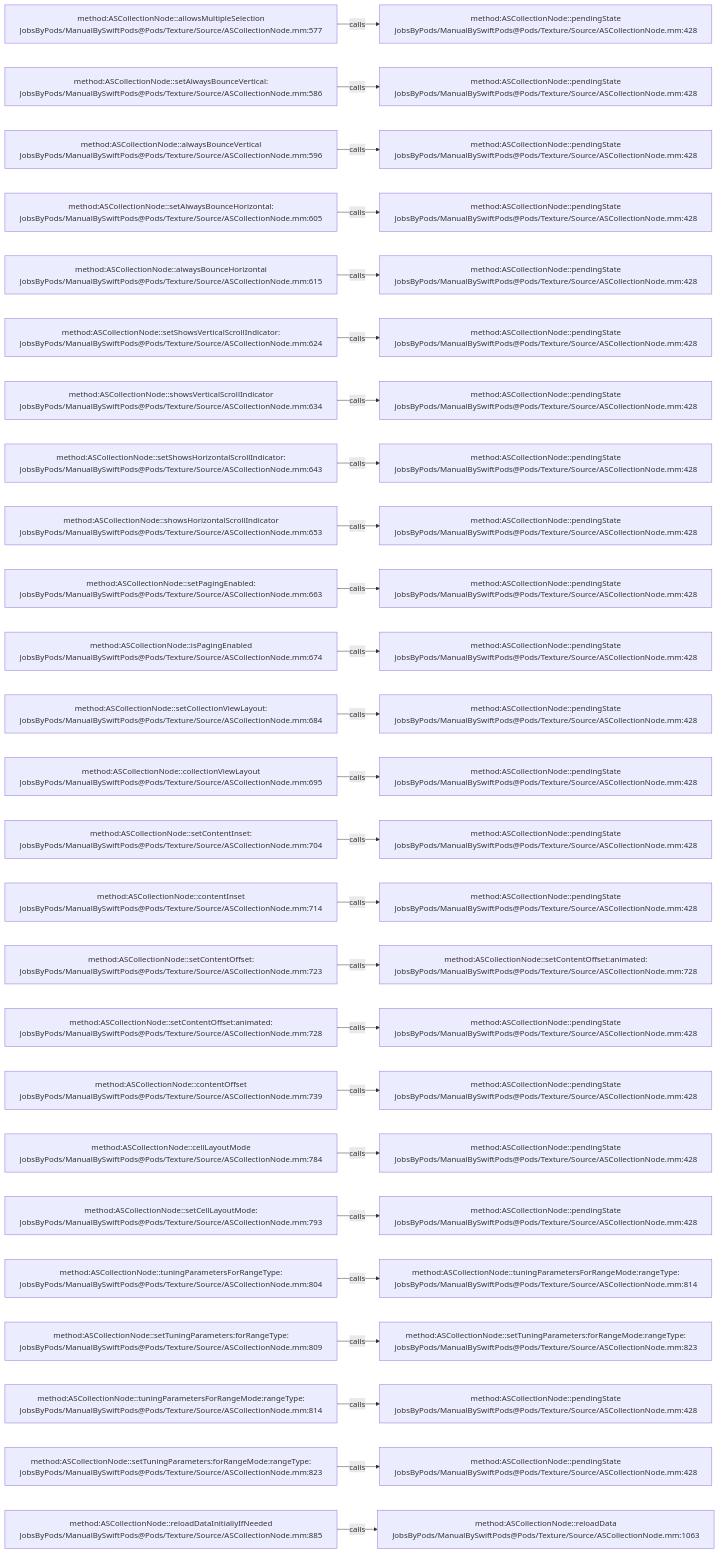
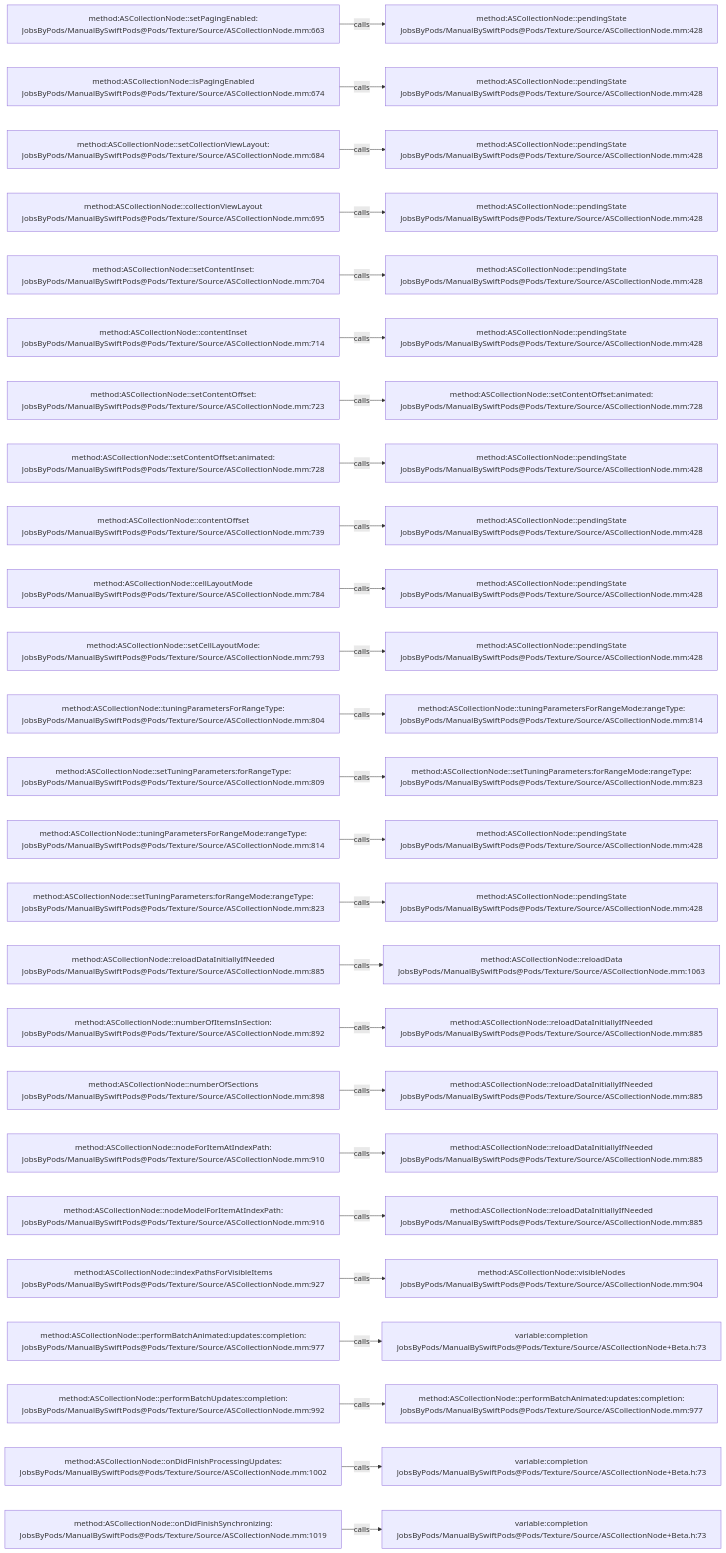
Before and after one commit to JobsKits/JobsSwiftBaseConfigDemo: the diagram in .codegraph/codegraph.md/graphs/calls-009.md, drawn with Mermaid. The commit also changed 707 other files, not shown here.

````diff
--- a/.codegraph/codegraph.md/graphs/calls-009.md
+++ b/.codegraph/codegraph.md/graphs/calls-009.md
@@ -13,78 +13,78 @@
 ```mermaid
 flowchart LR
-  S1["method:ASCollectionNode::allowsMultipleSelection<br/>JobsByPods/ManualBySwiftPods@Pods/Texture/Source/ASCollectionNode.mm:577"]
+  S1["method:ASCollectionNode::setPagingEnabled:<br/>JobsByPods/ManualBySwiftPods@Pods/Texture/Source/ASCollectionNode.mm:663"]
   T1["method:ASCollectionNode::pendingState<br/>JobsByPods/ManualBySwiftPods@Pods/Texture/Source/ASCollectionNode.mm:428"]
   S1 -->|calls| T1
-  S2["method:ASCollectionNode::setAlwaysBounceVertical:<br/>JobsByPods/ManualBySwiftPods@Pods/Texture/Source/ASCollectionNode.mm:586"]
+  S2["method:ASCollectionNode::isPagingEnabled<br/>JobsByPods/ManualBySwiftPods@Pods/Texture/Source/ASCollectionNode.mm:674"]
   T2["method:ASCollectionNode::pendingState<br/>JobsByPods/ManualBySwiftPods@Pods/Texture/Source/ASCollectionNode.mm:428"]
   S2 -->|calls| T2
-  S3["method:ASCollectionNode::alwaysBounceVertical<br/>JobsByPods/ManualBySwiftPods@Pods/Texture/Source/ASCollectionNode.mm:596"]
+  S3["method:ASCollectionNode::setCollectionViewLayout:<br/>JobsByPods/ManualBySwiftPods@Pods/Texture/Source/ASCollectionNode.mm:684"]
   T3["method:ASCollectionNode::pendingState<br/>JobsByPods/ManualBySwiftPods@Pods/Texture/Source/ASCollectionNode.mm:428"]
   S3 -->|calls| T3
-  S4["method:ASCollectionNode::setAlwaysBounceHorizontal:<br/>JobsByPods/ManualBySwiftPods@Pods/Texture/Source/ASCollectionNode.mm:605"]
+  S4["method:ASCollectionNode::collectionViewLayout<br/>JobsByPods/ManualBySwiftPods@Pods/Texture/Source/ASCollectionNode.mm:695"]
   T4["method:ASCollectionNode::pendingState<br/>JobsByPods/ManualBySwiftPods@Pods/Texture/Source/ASCollectionNode.mm:428"]
   S4 -->|calls| T4
-  S5["method:ASCollectionNode::alwaysBounceHorizontal<br/>JobsByPods/ManualBySwiftPods@Pods/Texture/Source/ASCollectionNode.mm:615"]
+  S5["method:ASCollectionNode::setContentInset:<br/>JobsByPods/ManualBySwiftPods@Pods/Texture/Source/ASCollectionNode.mm:704"]
   T5["method:ASCollectionNode::pendingState<br/>JobsByPods/ManualBySwiftPods@Pods/Texture/Source/ASCollectionNode.mm:428"]
   S5 -->|calls| T5
-  S6["method:ASCollectionNode::setShowsVerticalScrollIndicator:<br/>JobsByPods/ManualBySwiftPods@Pods/Texture/Source/ASCollectionNode.mm:624"]
+  S6["method:ASCollectionNode::contentInset<br/>JobsByPods/ManualBySwiftPods@Pods/Texture/Source/ASCollectionNode.mm:714"]
   T6["method:ASCollectionNode::pendingState<br/>JobsByPods/ManualBySwiftPods@Pods/Texture/Source/ASCollectionNode.mm:428"]
   S6 -->|calls| T6
-  S7["method:ASCollectionNode::showsVerticalScrollIndicator<br/>JobsByPods/ManualBySwiftPods@Pods/Texture/Source/ASCollectionNode.mm:634"]
-  T7["method:ASCollectionNode::pendingState<br/>JobsByPods/ManualBySwiftPods@Pods/Texture/Source/ASCollectionNode.mm:428"]
+  S7["method:ASCollectionNode::setContentOffset:<br/>JobsByPods/ManualBySwiftPods@Pods/Texture/Source/ASCollectionNode.mm:723"]
+  T7["method:ASCollectionNode::setContentOffset:animated:<br/>JobsByPods/ManualBySwiftPods@Pods/Texture/Source/ASCollectionNode.mm:728"]
   S7 -->|calls| T7
-  S8["method:ASCollectionNode::setShowsHorizontalScrollIndicator:<br/>JobsByPods/ManualBySwiftPods@Pods/Texture/Source/ASCollectionNode.mm:643"]
+  S8["method:ASCollectionNode::setContentOffset:animated:<br/>JobsByPods/ManualBySwiftPods@Pods/Texture/Source/ASCollectionNode.mm:728"]
   T8["method:ASCollectionNode::pendingState<br/>JobsByPods/ManualBySwiftPods@Pods/Texture/Source/ASCollectionNode.mm:428"]
   S8 -->|calls| T8
-  S9["method:ASCollectionNode::showsHorizontalScrollIndicator<br/>JobsByPods/ManualBySwiftPods@Pods/Texture/Source/ASCollectionNode.mm:653"]
+  S9["method:ASCollectionNode::contentOffset<br/>JobsByPods/ManualBySwiftPods@Pods/Texture/Source/ASCollectionNode.mm:739"]
   T9["method:ASCollectionNode::pendingState<br/>JobsByPods/ManualBySwiftPods@Pods/Texture/Source/ASCollectionNode.mm:428"]
   S9 -->|calls| T9
-  S10["method:ASCollectionNode::setPagingEnabled:<br/>JobsByPods/ManualBySwiftPods@Pods/Texture/Source/ASCollectionNode.mm:663"]
+  S10["method:ASCollectionNode::cellLayoutMode<br/>JobsByPods/ManualBySwiftPods@Pods/Texture/Source/ASCollectionNode.mm:784"]
   T10["method:ASCollectionNode::pendingState<br/>JobsByPods/ManualBySwiftPods@Pods/Texture/Source/ASCollectionNode.mm:428"]
   S10 -->|calls| T10
-  S11["method:ASCollectionNode::isPagingEnabled<br/>JobsByPods/ManualBySwiftPods@Pods/Texture/Source/ASCollectionNode.mm:674"]
+  S11["method:ASCollectionNode::setCellLayoutMode:<br/>JobsByPods/ManualBySwiftPods@Pods/Texture/Source/ASCollectionNode.mm:793"]
   T11["method:ASCollectionNode::pendingState<br/>JobsByPods/ManualBySwiftPods@Pods/Texture/Source/ASCollectionNode.mm:428"]
   S11 -->|calls| T11
-  S12["method:ASCollectionNode::setCollectionViewLayout:<br/>JobsByPods/ManualBySwiftPods@Pods/Texture/Source/ASCollectionNode.mm:684"]
-  T12["method:ASCollectionNode::pendingState<br/>JobsByPods/ManualBySwiftPods@Pods/Texture/Source/ASCollectionNode.mm:428"]
+  S12["method:ASCollectionNode::tuningParametersForRangeType:<br/>JobsByPods/ManualBySwiftPods@Pods/Texture/Source/ASCollectionNode.mm:804"]
+  T12["method:ASCollectionNode::tuningParametersForRangeMode:rangeType:<br/>JobsByPods/ManualBySwiftPods@Pods/Texture/Source/ASCollectionNode.mm:814"]
   S12 -->|calls| T12
-  S13["method:ASCollectionNode::collectionViewLayout<br/>JobsByPods/ManualBySwiftPods@Pods/Texture/Source/ASCollectionNode.mm:695"]
-  T13["method:ASCollectionNode::pendingState<br/>JobsByPods/ManualBySwiftPods@Pods/Texture/Source/ASCollectionNode.mm:428"]
+  S13["method:ASCollectionNode::setTuningParameters:forRangeType:<br/>JobsByPods/ManualBySwiftPods@Pods/Texture/Source/ASCollectionNode.mm:809"]
+  T13["method:ASCollectionNode::setTuningParameters:forRangeMode:rangeType:<br/>JobsByPods/ManualBySwiftPods@Pods/Texture/Source/ASCollectionNode.mm:823"]
   S13 -->|calls| T13
-  S14["method:ASCollectionNode::setContentInset:<br/>JobsByPods/ManualBySwiftPods@Pods/Texture/Source/ASCollectionNode.mm:704"]
+  S14["method:ASCollectionNode::tuningParametersForRangeMode:rangeType:<br/>JobsByPods/ManualBySwiftPods@Pods/Texture/Source/ASCollectionNode.mm:814"]
   T14["method:ASCollectionNode::pendingState<br/>JobsByPods/ManualBySwiftPods@Pods/Texture/Source/ASCollectionNode.mm:428"]
   S14 -->|calls| T14
-  S15["method:ASCollectionNode::contentInset<br/>JobsByPods/ManualBySwiftPods@Pods/Texture/Source/ASCollectionNode.mm:714"]
+  S15["method:ASCollectionNode::setTuningParameters:forRangeMode:rangeType:<br/>JobsByPods/ManualBySwiftPods@Pods/Texture/Source/ASCollectionNode.mm:823"]
   T15["method:ASCollectionNode::pendingState<br/>JobsByPods/ManualBySwiftPods@Pods/Texture/Source/ASCollectionNode.mm:428"]
   S15 -->|calls| T15
-  S16["method:ASCollectionNode::setContentOffset:<br/>JobsByPods/ManualBySwiftPods@Pods/Texture/Source/ASCollectionNode.mm:723"]
-  T16["method:ASCollectionNode::setContentOffset:animated:<br/>JobsByPods/ManualBySwiftPods@Pods/Texture/Source/ASCollectionNode.mm:728"]
+  S16["method:ASCollectionNode::reloadDataInitiallyIfNeeded<br/>JobsByPods/ManualBySwiftPods@Pods/Texture/Source/ASCollectionNode.mm:885"]
+  T16["method:ASCollectionNode::reloadData<br/>JobsByPods/ManualBySwiftPods@Pods/Texture/Source/ASCollectionNode.mm:1063"]
   S16 -->|calls| T16
-  S17["method:ASCollectionNode::setContentOffset:animated:<br/>JobsByPods/ManualBySwiftPods@Pods/Texture/Source/ASCollectionNode.mm:728"]
-  T17["method:ASCollectionNode::pendingState<br/>JobsByPods/ManualBySwiftPods@Pods/Texture/Source/ASCollectionNode.mm:428"]
+  S17["method:ASCollectionNode::numberOfItemsInSection:<br/>JobsByPods/ManualBySwiftPods@Pods/Texture/Source/ASCollectionNode.mm:892"]
+  T17["method:ASCollectionNode::reloadDataInitiallyIfNeeded<br/>JobsByPods/ManualBySwiftPods@Pods/Texture/Source/ASCollectionNode.mm:885"]
   S17 -->|calls| T17
-  S18["method:ASCollectionNode::contentOffset<br/>JobsByPods/ManualBySwiftPods@Pods/Texture/Source/ASCollectionNode.mm:739"]
-  T18["method:ASCollectionNode::pendingState<br/>JobsByPods/ManualBySwiftPods@Pods/Texture/Source/ASCollectionNode.mm:428"]
+  S18["method:ASCollectionNode::numberOfSections<br/>JobsByPods/ManualBySwiftPods@Pods/Texture/Source/ASCollectionNode.mm:898"]
+  T18["method:ASCollectionNode::reloadDataInitiallyIfNeeded<br/>JobsByPods/ManualBySwiftPods@Pods/Texture/Source/ASCollectionNode.mm:885"]
   S18 -->|calls| T18
-  S19["method:ASCollectionNode::cellLayoutMode<br/>JobsByPods/ManualBySwiftPods@Pods/Texture/Source/ASCollectionNode.mm:784"]
-  T19["method:ASCollectionNode::pendingState<br/>JobsByPods/ManualBySwiftPods@Pods/Texture/Source/ASCollectionNode.mm:428"]
+  S19["method:ASCollectionNode::nodeForItemAtIndexPath:<br/>JobsByPods/ManualBySwiftPods@Pods/Texture/Source/ASCollectionNode.mm:910"]
+  T19["method:ASCollectionNode::reloadDataInitiallyIfNeeded<br/>JobsByPods/ManualBySwiftPods@Pods/Texture/Source/ASCollectionNode.mm:885"]
   S19 -->|calls| T19
-  S20["method:ASCollectionNode::setCellLayoutMode:<br/>JobsByPods/ManualBySwiftPods@Pods/Texture/Source/ASCollectionNode.mm:793"]
-  T20["method:ASCollectionNode::pendingState<br/>JobsByPods/ManualBySwiftPods@Pods/Texture/Source/ASCollectionNode.mm:428"]
+  S20["method:ASCollectionNode::nodeModelForItemAtIndexPath:<br/>JobsByPods/ManualBySwiftPods@Pods/Texture/Source/ASCollectionNode.mm:916"]
+  T20["method:ASCollectionNode::reloadDataInitiallyIfNeeded<br/>JobsByPods/ManualBySwiftPods@Pods/Texture/Source/ASCollectionNode.mm:885"]
   S20 -->|calls| T20
-  S21["method:ASCollectionNode::tuningParametersForRangeType:<br/>JobsByPods/ManualBySwiftPods@Pods/Texture/Source/ASCollectionNode.mm:804"]
-  T21["method:ASCollectionNode::tuningParametersForRangeMode:rangeType:<br/>JobsByPods/ManualBySwiftPods@Pods/Texture/Source/ASCollectionNode.mm:814"]
+  S21["method:ASCollectionNode::indexPathsForVisibleItems<br/>JobsByPods/ManualBySwiftPods@Pods/Texture/Source/ASCollectionNode.mm:927"]
+  T21["method:ASCollectionNode::visibleNodes<br/>JobsByPods/ManualBySwiftPods@Pods/Texture/Source/ASCollectionNode.mm:904"]
   S21 -->|calls| T21
-  S22["method:ASCollectionNode::setTuningParameters:forRangeType:<br/>JobsByPods/ManualBySwiftPods@Pods/Texture/Source/ASCollectionNode.mm:809"]
-  T22["method:ASCollectionNode::setTuningParameters:forRangeMode:rangeType:<br/>JobsByPods/ManualBySwiftPods@Pods/Texture/Source/ASCollectionNode.mm:823"]
+  S22["method:ASCollectionNode::performBatchAnimated:updates:completion:<br/>JobsByPods/ManualBySwiftPods@Pods/Texture/Source/ASCollectionNode.mm:977"]
+  T22["variable:completion<br/>JobsByPods/ManualBySwiftPods@Pods/Texture/Source/ASCollectionNode+Beta.h:73"]
   S22 -->|calls| T22
-  S23["method:ASCollectionNode::tuningParametersForRangeMode:rangeType:<br/>JobsByPods/ManualBySwiftPods@Pods/Texture/Source/ASCollectionNode.mm:814"]
-  T23["method:ASCollectionNode::pendingState<br/>JobsByPods/ManualBySwiftPods@Pods/Texture/Source/ASCollectionNode.mm:428"]
+  S23["method:ASCollectionNode::performBatchUpdates:completion:<br/>JobsByPods/ManualBySwiftPods@Pods/Texture/Source/ASCollectionNode.mm:992"]
+  T23["method:ASCollectionNode::performBatchAnimated:updates:completion:<br/>JobsByPods/ManualBySwiftPods@Pods/Texture/Source/ASCollectionNode.mm:977"]
   S23 -->|calls| T23
-  S24["method:ASCollectionNode::setTuningParameters:forRangeMode:rangeType:<br/>JobsByPods/ManualBySwiftPods@Pods/Texture/Source/ASCollectionNode.mm:823"]
-  T24["method:ASCollectionNode::pendingState<br/>JobsByPods/ManualBySwiftPods@Pods/Texture/Source/ASCollectionNode.mm:428"]
+  S24["method:ASCollectionNode::onDidFinishProcessingUpdates:<br/>JobsByPods/ManualBySwiftPods@Pods/Texture/Source/ASCollectionNode.mm:1002"]
+  T24["variable:completion<br/>JobsByPods/ManualBySwiftPods@Pods/Texture/Source/ASCollectionNode+Beta.h:73"]
   S24 -->|calls| T24
-  S25["method:ASCollectionNode::reloadDataInitiallyIfNeeded<br/>JobsByPods/ManualBySwiftPods@Pods/Texture/Source/ASCollectionNode.mm:885"]
-  T25["method:ASCollectionNode::reloadData<br/>JobsByPods/ManualBySwiftPods@Pods/Texture/Source/ASCollectionNode.mm:1063"]
+  S25["method:ASCollectionNode::onDidFinishSynchronizing:<br/>JobsByPods/ManualBySwiftPods@Pods/Texture/Source/ASCollectionNode.mm:1019"]
+  T25["variable:completion<br/>JobsByPods/ManualBySwiftPods@Pods/Texture/Source/ASCollectionNode+Beta.h:73"]
   S25 -->|calls| T25
 ```
````
